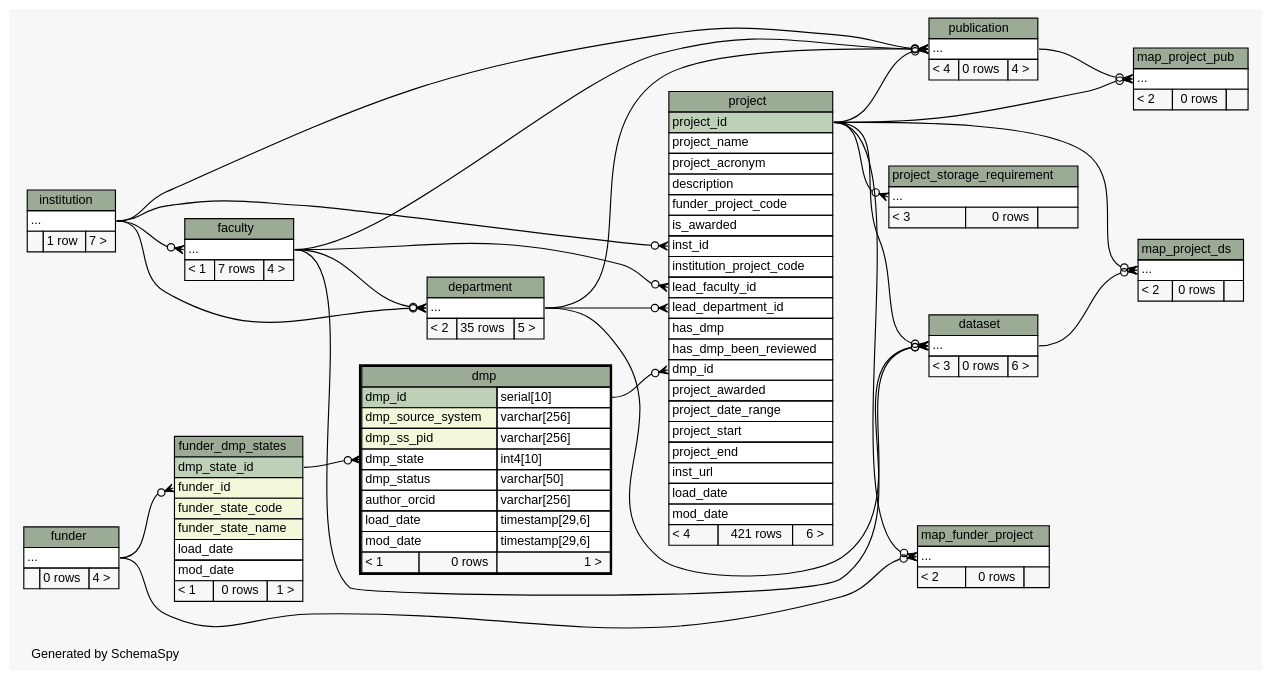
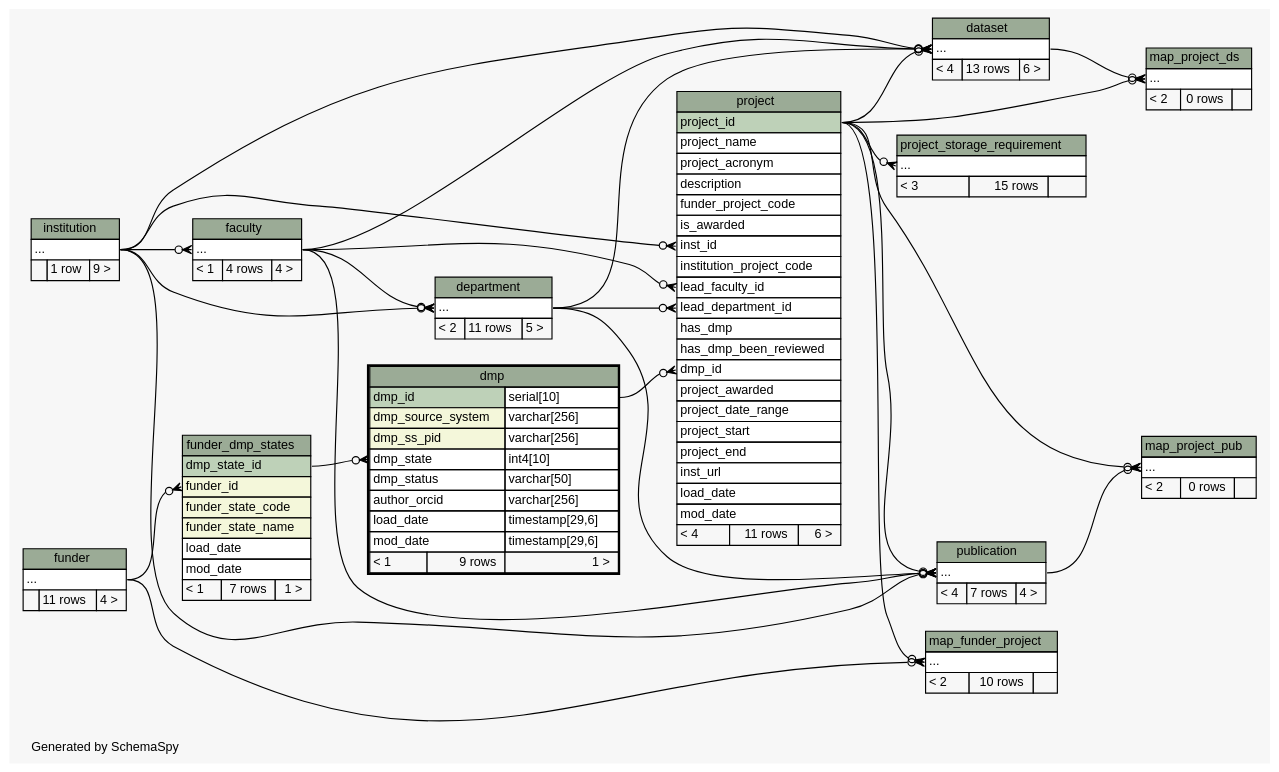
The diagram in ss.out/diagrams/dmp.2degrees.dot (lulibrary/dmao_infrastructure), drawn with Graphviz before and after one commit. The commit also changed 79 other files, not shown here.

```diff
--- a/ss.out/diagrams/dmp.2degrees.dot
+++ b/ss.out/diagrams/dmp.2degrees.dot
@@ -1,4 +1,4 @@
-// dot 2.38.0 on Linux 3.16.0-4-amd64
+// dot 2.36.0 on Linux 3.13.0-63-generic
 // SchemaSpy rev 590
 digraph "twoDegreesRelationshipsDiagram" {
   graph [
@@ -19,6 +19,7 @@
   edge [
     arrowsize="0.8"
   ];
+  "dataset":"elipses":w -> "institution":"elipses":e [arrowhead=none dir=back arrowtail=crowodot];
   "dataset":"elipses":w -> "department":"elipses":e [arrowhead=none dir=back arrowtail=crowodot];
   "dataset":"elipses":w -> "faculty":"elipses":e [arrowhead=none dir=back arrowtail=crowodot];
   "dataset":"elipses":w -> "project":"project_id":e [arrowhead=none dir=back arrowtail=crowodot];
@@ -38,16 +39,16 @@
   "project":"lead_department_id":w -> "department":"elipses":e [arrowhead=none dir=back arrowtail=crowodot];
   "project":"lead_faculty_id":w -> "faculty":"elipses":e [arrowhead=none dir=back arrowtail=crowodot];
   "project_storage_requirement":"elipses":w -> "project":"project_id":e [arrowhead=none dir=back arrowtail=crowodot];
+  "publication":"elipses":w -> "institution":"elipses":e [arrowhead=none dir=back arrowtail=crowodot];
   "publication":"elipses":w -> "department":"elipses":e [arrowhead=none dir=back arrowtail=crowodot];
   "publication":"elipses":w -> "faculty":"elipses":e [arrowhead=none dir=back arrowtail=crowodot];
-  "publication":"elipses":w -> "institution":"elipses":e [arrowhead=none dir=back arrowtail=crowodot];
   "publication":"elipses":w -> "project":"project_id":e [arrowhead=none dir=back arrowtail=crowodot];
   "dataset" [
     label=<
     <TABLE BORDER="0" CELLBORDER="1" CELLSPACING="0" BGCOLOR="#ffffff">
       <TR><TD COLSPAN="3" BGCOLOR="#9bab96" ALIGN="CENTER">dataset</TD></TR>
       <TR><TD PORT="elipses" COLSPAN="3" ALIGN="LEFT">...</TD></TR>
-      <TR><TD ALIGN="LEFT" BGCOLOR="#f7f7f7">&lt; 3</TD><TD ALIGN="RIGHT" BGCOLOR="#f7f7f7">0 rows</TD><TD ALIGN="RIGHT" BGCOLOR="#f7f7f7">6 &gt;</TD></TR>
+      <TR><TD ALIGN="LEFT" BGCOLOR="#f7f7f7">&lt; 4</TD><TD ALIGN="RIGHT" BGCOLOR="#f7f7f7">13 rows</TD><TD ALIGN="RIGHT" BGCOLOR="#f7f7f7">6 &gt;</TD></TR>
     </TABLE>>
     URL="dataset.html"
     tooltip="dataset"
@@ -57,7 +58,7 @@
     <TABLE BORDER="0" CELLBORDER="1" CELLSPACING="0" BGCOLOR="#ffffff">
       <TR><TD COLSPAN="3" BGCOLOR="#9bab96" ALIGN="CENTER">department</TD></TR>
       <TR><TD PORT="elipses" COLSPAN="3" ALIGN="LEFT">...</TD></TR>
-      <TR><TD ALIGN="LEFT" BGCOLOR="#f7f7f7">&lt; 2</TD><TD ALIGN="RIGHT" BGCOLOR="#f7f7f7">35 rows</TD><TD ALIGN="RIGHT" BGCOLOR="#f7f7f7">5 &gt;</TD></TR>
+      <TR><TD ALIGN="LEFT" BGCOLOR="#f7f7f7">&lt; 2</TD><TD ALIGN="RIGHT" BGCOLOR="#f7f7f7">11 rows</TD><TD ALIGN="RIGHT" BGCOLOR="#f7f7f7">5 &gt;</TD></TR>
     </TABLE>>
     URL="department.html"
     tooltip="department"
@@ -74,7 +75,7 @@
       <TR><TD PORT="author_orcid" COLSPAN="2" ALIGN="LEFT">author_orcid</TD><TD PORT="author_orcid.type" ALIGN="LEFT">varchar[256]</TD></TR>
       <TR><TD PORT="load_date" COLSPAN="2" ALIGN="LEFT">load_date</TD><TD PORT="load_date.type" ALIGN="LEFT">timestamp[29,6]</TD></TR>
       <TR><TD PORT="mod_date" COLSPAN="2" ALIGN="LEFT">mod_date</TD><TD PORT="mod_date.type" ALIGN="LEFT">timestamp[29,6]</TD></TR>
-      <TR><TD ALIGN="LEFT" BGCOLOR="#f7f7f7">&lt; 1</TD><TD ALIGN="RIGHT" BGCOLOR="#f7f7f7">0 rows</TD><TD ALIGN="RIGHT" BGCOLOR="#f7f7f7">1 &gt;</TD></TR>
+      <TR><TD ALIGN="LEFT" BGCOLOR="#f7f7f7">&lt; 1</TD><TD ALIGN="RIGHT" BGCOLOR="#f7f7f7">9 rows</TD><TD ALIGN="RIGHT" BGCOLOR="#f7f7f7">1 &gt;</TD></TR>
     </TABLE>>
     URL="dmp.html"
     tooltip="dmp"
@@ -84,7 +85,7 @@
     <TABLE BORDER="0" CELLBORDER="1" CELLSPACING="0" BGCOLOR="#ffffff">
       <TR><TD COLSPAN="3" BGCOLOR="#9bab96" ALIGN="CENTER">faculty</TD></TR>
       <TR><TD PORT="elipses" COLSPAN="3" ALIGN="LEFT">...</TD></TR>
-      <TR><TD ALIGN="LEFT" BGCOLOR="#f7f7f7">&lt; 1</TD><TD ALIGN="RIGHT" BGCOLOR="#f7f7f7">7 rows</TD><TD ALIGN="RIGHT" BGCOLOR="#f7f7f7">4 &gt;</TD></TR>
+      <TR><TD ALIGN="LEFT" BGCOLOR="#f7f7f7">&lt; 1</TD><TD ALIGN="RIGHT" BGCOLOR="#f7f7f7">4 rows</TD><TD ALIGN="RIGHT" BGCOLOR="#f7f7f7">4 &gt;</TD></TR>
     </TABLE>>
     URL="faculty.html"
     tooltip="faculty"
@@ -94,7 +95,7 @@
     <TABLE BORDER="0" CELLBORDER="1" CELLSPACING="0" BGCOLOR="#ffffff">
       <TR><TD COLSPAN="3" BGCOLOR="#9bab96" ALIGN="CENTER">funder</TD></TR>
       <TR><TD PORT="elipses" COLSPAN="3" ALIGN="LEFT">...</TD></TR>
-      <TR><TD ALIGN="LEFT" BGCOLOR="#f7f7f7">  </TD><TD ALIGN="RIGHT" BGCOLOR="#f7f7f7">0 rows</TD><TD ALIGN="RIGHT" BGCOLOR="#f7f7f7">4 &gt;</TD></TR>
+      <TR><TD ALIGN="LEFT" BGCOLOR="#f7f7f7">  </TD><TD ALIGN="RIGHT" BGCOLOR="#f7f7f7">11 rows</TD><TD ALIGN="RIGHT" BGCOLOR="#f7f7f7">4 &gt;</TD></TR>
     </TABLE>>
     URL="funder.html"
     tooltip="funder"
@@ -109,7 +110,7 @@
       <TR><TD PORT="funder_state_name" COLSPAN="3" BGCOLOR="#f4f7da" ALIGN="LEFT">funder_state_name</TD></TR>
       <TR><TD PORT="load_date" COLSPAN="3" ALIGN="LEFT">load_date</TD></TR>
       <TR><TD PORT="mod_date" COLSPAN="3" ALIGN="LEFT">mod_date</TD></TR>
-      <TR><TD ALIGN="LEFT" BGCOLOR="#f7f7f7">&lt; 1</TD><TD ALIGN="RIGHT" BGCOLOR="#f7f7f7">0 rows</TD><TD ALIGN="RIGHT" BGCOLOR="#f7f7f7">1 &gt;</TD></TR>
+      <TR><TD ALIGN="LEFT" BGCOLOR="#f7f7f7">&lt; 1</TD><TD ALIGN="RIGHT" BGCOLOR="#f7f7f7">7 rows</TD><TD ALIGN="RIGHT" BGCOLOR="#f7f7f7">1 &gt;</TD></TR>
     </TABLE>>
     URL="funder_dmp_states.html"
     tooltip="funder_dmp_states"
@@ -119,7 +120,7 @@
     <TABLE BORDER="0" CELLBORDER="1" CELLSPACING="0" BGCOLOR="#ffffff">
       <TR><TD COLSPAN="3" BGCOLOR="#9bab96" ALIGN="CENTER">institution</TD></TR>
       <TR><TD PORT="elipses" COLSPAN="3" ALIGN="LEFT">...</TD></TR>
-      <TR><TD ALIGN="LEFT" BGCOLOR="#f7f7f7">  </TD><TD ALIGN="RIGHT" BGCOLOR="#f7f7f7">1 row</TD><TD ALIGN="RIGHT" BGCOLOR="#f7f7f7">7 &gt;</TD></TR>
+      <TR><TD ALIGN="LEFT" BGCOLOR="#f7f7f7">  </TD><TD ALIGN="RIGHT" BGCOLOR="#f7f7f7">1 row</TD><TD ALIGN="RIGHT" BGCOLOR="#f7f7f7">9 &gt;</TD></TR>
     </TABLE>>
     URL="institution.html"
     tooltip="institution"
@@ -129,7 +130,7 @@
     <TABLE BORDER="0" CELLBORDER="1" CELLSPACING="0" BGCOLOR="#ffffff">
       <TR><TD COLSPAN="3" BGCOLOR="#9bab96" ALIGN="CENTER">map_funder_project</TD></TR>
       <TR><TD PORT="elipses" COLSPAN="3" ALIGN="LEFT">...</TD></TR>
-      <TR><TD ALIGN="LEFT" BGCOLOR="#f7f7f7">&lt; 2</TD><TD ALIGN="RIGHT" BGCOLOR="#f7f7f7">0 rows</TD><TD ALIGN="RIGHT" BGCOLOR="#f7f7f7">  </TD></TR>
+      <TR><TD ALIGN="LEFT" BGCOLOR="#f7f7f7">&lt; 2</TD><TD ALIGN="RIGHT" BGCOLOR="#f7f7f7">10 rows</TD><TD ALIGN="RIGHT" BGCOLOR="#f7f7f7">  </TD></TR>
     </TABLE>>
     URL="map_funder_project.html"
     tooltip="map_funder_project"
@@ -178,7 +179,7 @@
       <TR><TD PORT="inst_url" COLSPAN="3" ALIGN="LEFT">inst_url</TD></TR>
       <TR><TD PORT="load_date" COLSPAN="3" ALIGN="LEFT">load_date</TD></TR>
       <TR><TD PORT="mod_date" COLSPAN="3" ALIGN="LEFT">mod_date</TD></TR>
-      <TR><TD ALIGN="LEFT" BGCOLOR="#f7f7f7">&lt; 4</TD><TD ALIGN="RIGHT" BGCOLOR="#f7f7f7">421 rows</TD><TD ALIGN="RIGHT" BGCOLOR="#f7f7f7">6 &gt;</TD></TR>
+      <TR><TD ALIGN="LEFT" BGCOLOR="#f7f7f7">&lt; 4</TD><TD ALIGN="RIGHT" BGCOLOR="#f7f7f7">11 rows</TD><TD ALIGN="RIGHT" BGCOLOR="#f7f7f7">6 &gt;</TD></TR>
     </TABLE>>
     URL="project.html"
     tooltip="project"
@@ -188,7 +189,7 @@
     <TABLE BORDER="0" CELLBORDER="1" CELLSPACING="0" BGCOLOR="#ffffff">
       <TR><TD COLSPAN="3" BGCOLOR="#9bab96" ALIGN="CENTER">project_storage_requirement</TD></TR>
       <TR><TD PORT="elipses" COLSPAN="3" ALIGN="LEFT">...</TD></TR>
-      <TR><TD ALIGN="LEFT" BGCOLOR="#f7f7f7">&lt; 3</TD><TD ALIGN="RIGHT" BGCOLOR="#f7f7f7">0 rows</TD><TD ALIGN="RIGHT" BGCOLOR="#f7f7f7">  </TD></TR>
+      <TR><TD ALIGN="LEFT" BGCOLOR="#f7f7f7">&lt; 3</TD><TD ALIGN="RIGHT" BGCOLOR="#f7f7f7">15 rows</TD><TD ALIGN="RIGHT" BGCOLOR="#f7f7f7">  </TD></TR>
     </TABLE>>
     URL="project_storage_requirement.html"
     tooltip="project_storage_requirement"
@@ -198,7 +199,7 @@
     <TABLE BORDER="0" CELLBORDER="1" CELLSPACING="0" BGCOLOR="#ffffff">
       <TR><TD COLSPAN="3" BGCOLOR="#9bab96" ALIGN="CENTER">publication</TD></TR>
       <TR><TD PORT="elipses" COLSPAN="3" ALIGN="LEFT">...</TD></TR>
-      <TR><TD ALIGN="LEFT" BGCOLOR="#f7f7f7">&lt; 4</TD><TD ALIGN="RIGHT" BGCOLOR="#f7f7f7">0 rows</TD><TD ALIGN="RIGHT" BGCOLOR="#f7f7f7">4 &gt;</TD></TR>
+      <TR><TD ALIGN="LEFT" BGCOLOR="#f7f7f7">&lt; 4</TD><TD ALIGN="RIGHT" BGCOLOR="#f7f7f7">7 rows</TD><TD ALIGN="RIGHT" BGCOLOR="#f7f7f7">4 &gt;</TD></TR>
     </TABLE>>
     URL="publication.html"
     tooltip="publication"
```
